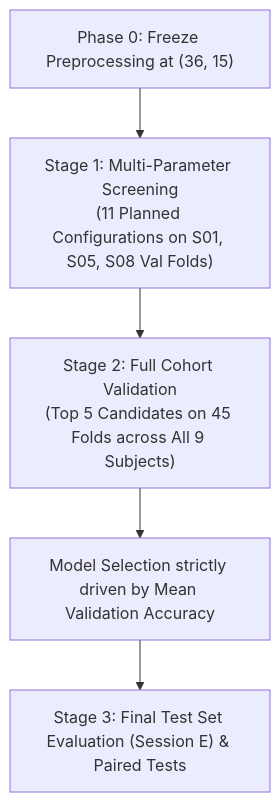
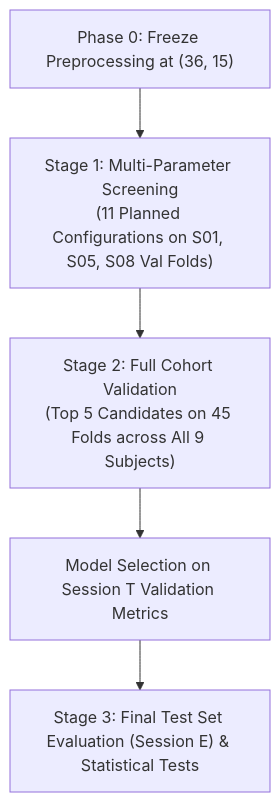
Before and after one commit to pratch/frontier-hw-bci: the second of 2 diagrams in docs/hyperparameter_tuning_report.md, drawn with Mermaid. The commit also changed other lines of this file and 1 other file, not shown here.

Commit message:
docs: clean model selection phrasing and reporting across tuning and homework reports

````diff
--- a/docs/hyperparameter_tuning_report.md
+++ b/docs/hyperparameter_tuning_report.md
@@ -59,7 +59,7 @@
 ```mermaid
 flowchart TD
     S0["Phase 0: Freeze Preprocessing at (36, 15)"] --> S1["Stage 1: Multi-Parameter Screening<br/>(11 Planned Configurations on S01, S05, S08 Val Folds)"]
     S1 --> S2["Stage 2: Full Cohort Validation<br/>(Top 5 Candidates on 45 Folds across All 9 Subjects)"]
-    S2 --> S3["Model Selection strictly driven by Mean Validation Accuracy"]
-    S3 --> S4["Stage 3: Final Test Set Evaluation (Session E) & Paired Tests"]
+    S2 --> S3["Model Selection on Session T Validation Metrics"]
+    S3 --> S4["Stage 3: Final Test Set Evaluation (Session E) & Statistical Tests"]
 ```
````
